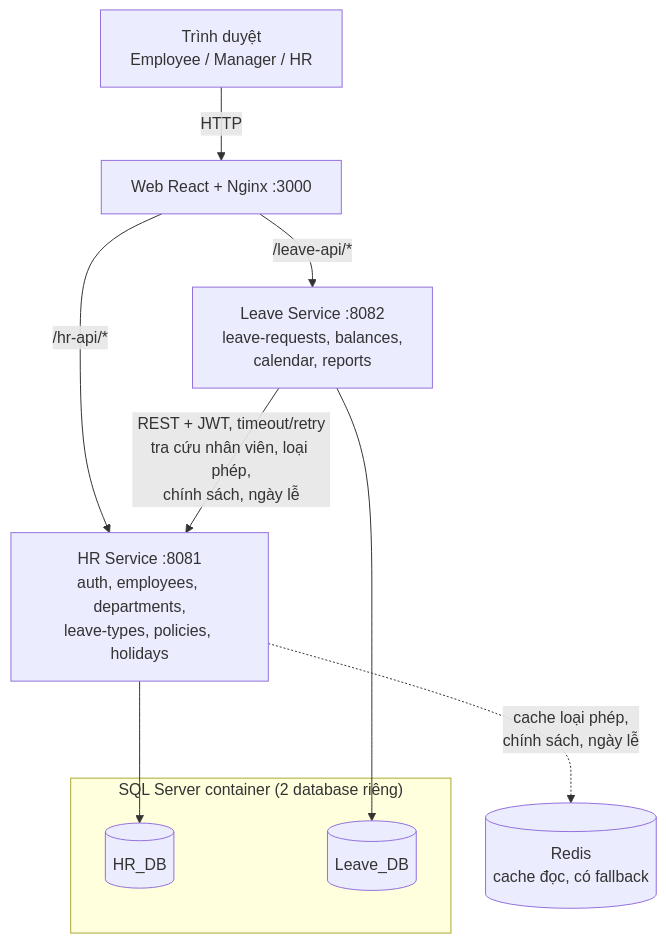
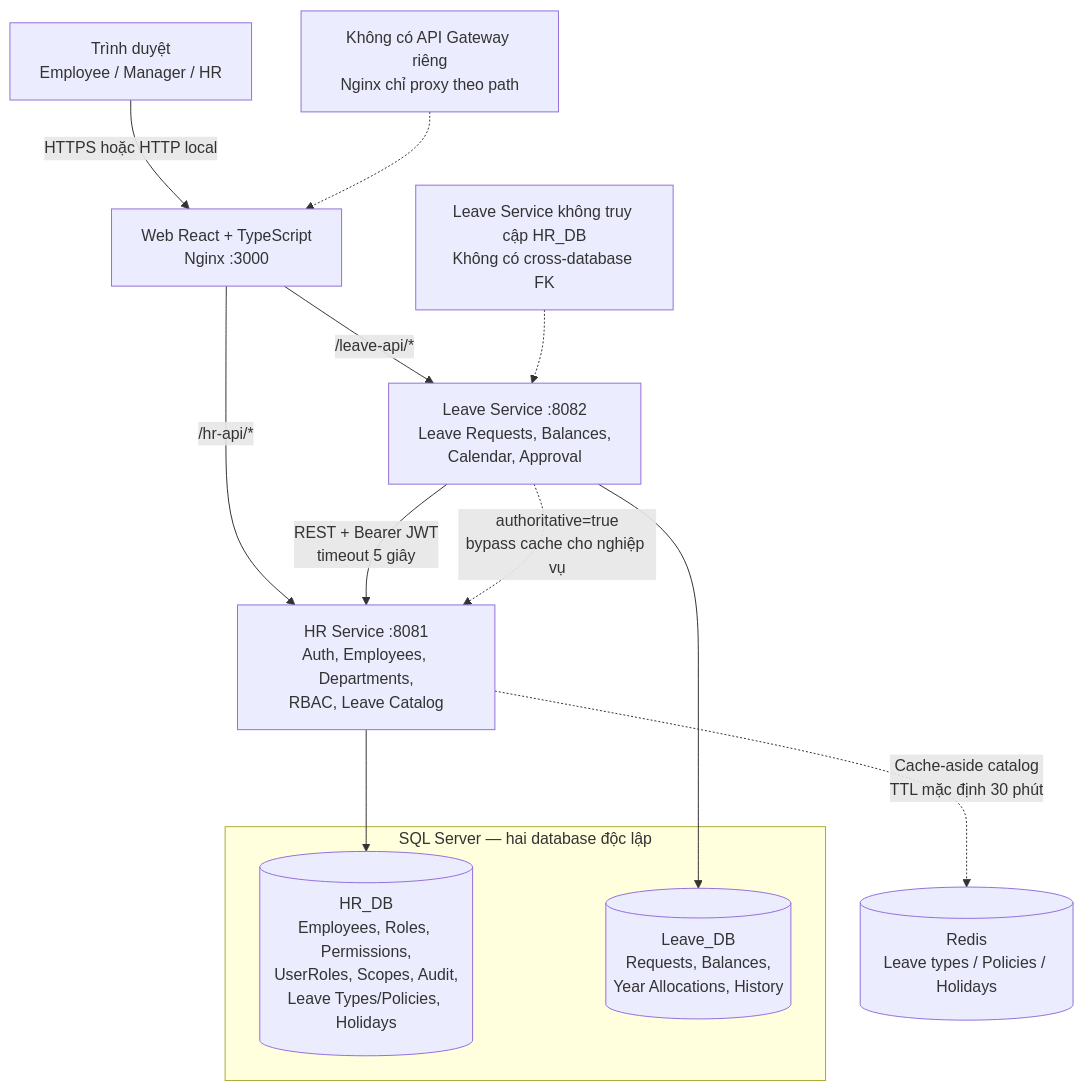
One commit to OlYVER1337/hr-leave-management changed the diagram in docs/architecture/diagrams/mermaid/api-architecture.mmd. Above: the diagram before and after it, drawn with Mermaid.

Commit message:
Cập nhật sơ đồ kiến trúc API và data ownership

```diff
--- a/docs/architecture/diagrams/mermaid/api-architecture.mmd
+++ b/docs/architecture/diagrams/mermaid/api-architecture.mmd
@@ -1,12 +1,15 @@
 flowchart TB
-  U["Trình duyệt<br/>Employee / Manager / HR"] -->|HTTP| W["Web React + Nginx :3000"]
-  W -->|"/hr-api/*"| HR["HR Service :8081<br/>auth, employees, departments,<br/>leave-types, policies, holidays"]
-  W -->|"/leave-api/*"| LV["Leave Service :8082<br/>leave-requests, balances,<br/>calendar, reports"]
-  LV -->|"REST + JWT, timeout/retry<br/>tra cứu nhân viên, loại phép,<br/>chính sách, ngày lễ"| HR
-  HR --> HRDB[("HR_DB")]
-  LV --> LVDB[("Leave_DB")]
-  HR -.->|"cache loại phép,<br/>chính sách, ngày lễ"| R[("Redis<br/>cache đọc, có fallback")]
-  subgraph SQL["SQL Server container (2 database riêng)"]
+  U["Trình duyệt<br/>Employee / Manager / HR"] -->|HTTPS hoặc HTTP local| W["Web React + TypeScript<br/>Nginx :3000"]
+  W -->|"/hr-api/*"| HR["HR Service :8081<br/>Auth, Employees, Departments,<br/>RBAC, Leave Catalog"]
+  W -->|"/leave-api/*"| LV["Leave Service :8082<br/>Leave Requests, Balances,<br/>Calendar, Approval"]
+  LV -->|"REST + Bearer JWT<br/>timeout 5 giây"| HR
+  HR --> HRDB[("HR_DB<br/>Employees, Roles, Permissions,<br/>UserRoles, Scopes, Audit,<br/>Leave Types/Policies, Holidays")]
+  LV --> LVDB[("Leave_DB<br/>Requests, Balances,<br/>Year Allocations, History")]
+  HR -.->|"Cache-aside catalog<br/>TTL mặc định 30 phút"| R[("Redis<br/>Leave types / Policies / Holidays")]
+  LV -.->|"authoritative=true<br/>bypass cache cho nghiệp vụ"| HR
+  subgraph SQL["SQL Server — hai database độc lập"]
     HRDB
     LVDB
   end
+  N["Không có API Gateway riêng<br/>Nginx chỉ proxy theo path"] -.-> W
+  X["Leave Service không truy cập HR_DB<br/>Không có cross-database FK"] -.-> LV
```
